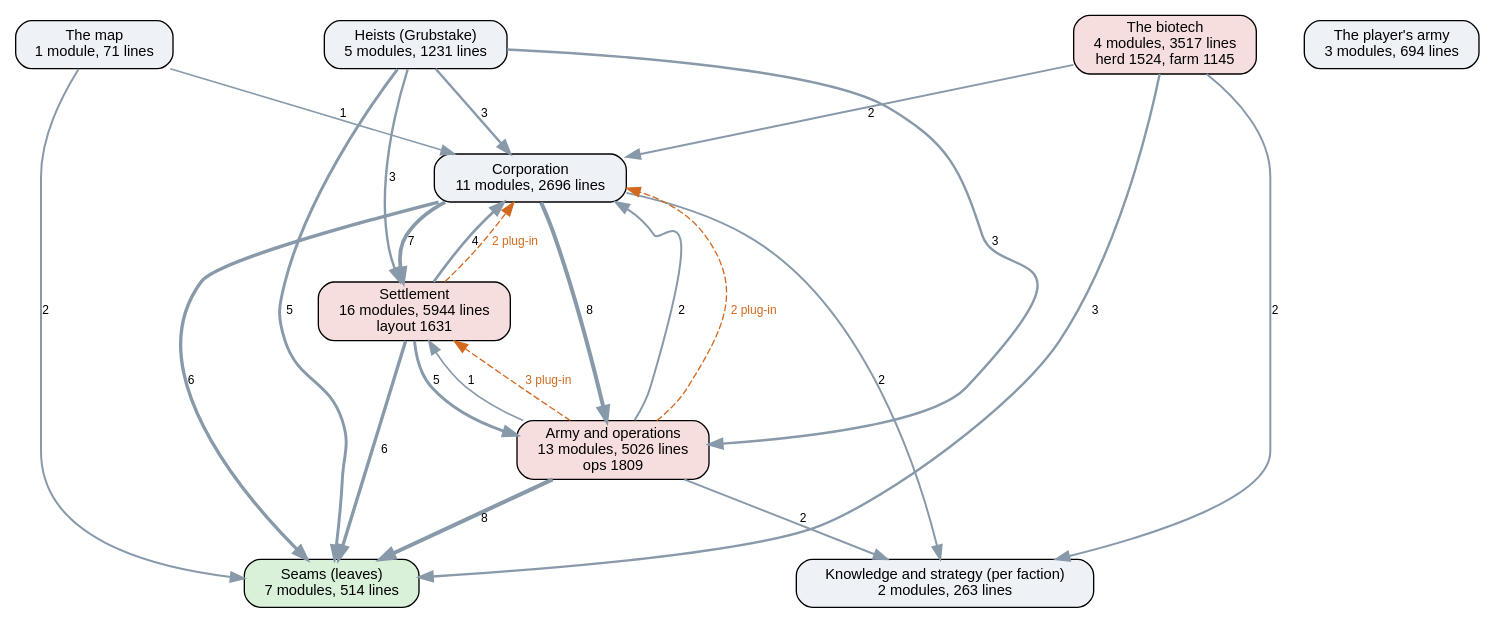
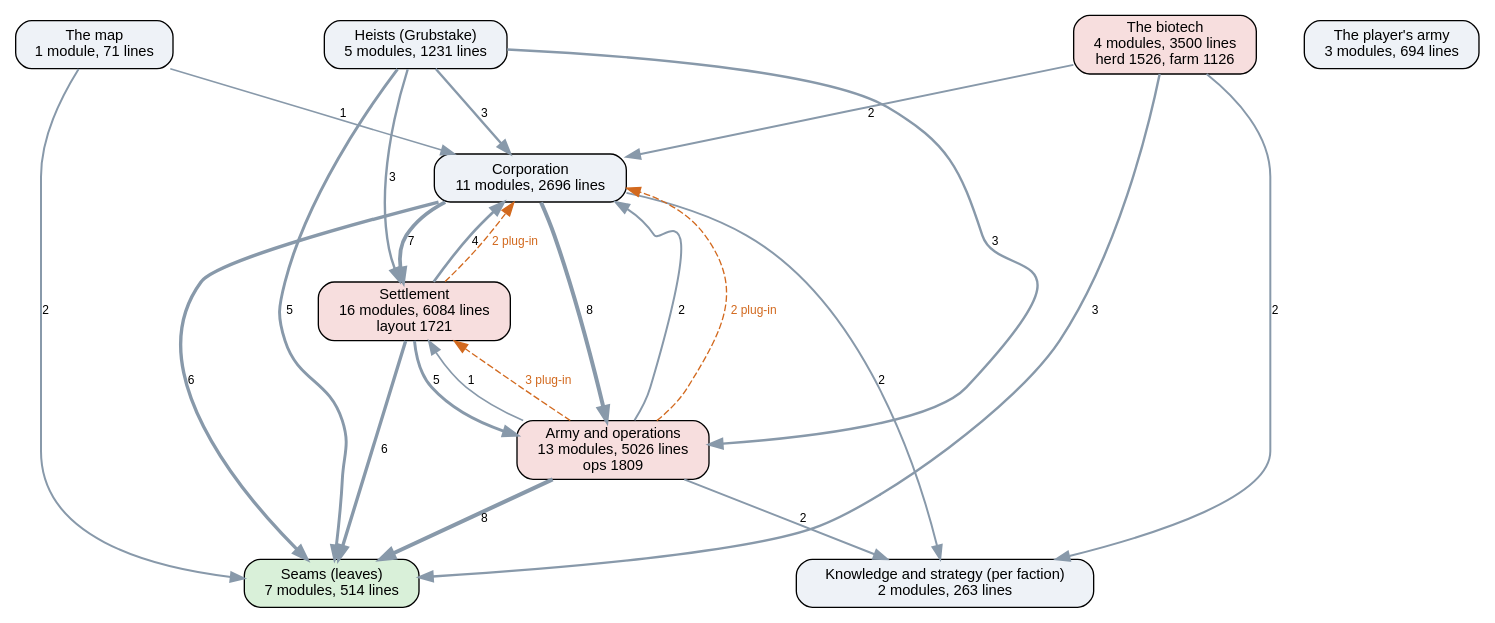
Before and after one commit to kinelhu/landing-party: the diagram in docs/ai-layers.dot, drawn with Graphviz. The commit also changed 25 other files, not shown here.

```diff
--- a/docs/ai-layers.dot
+++ b/docs/ai-layers.dot
@@ -1,37 +1,37 @@
 digraph layers {
   graph [rankdir=TB, fontname="Helvetica", nodesep=0.5, ranksep=0.7];
   node [shape=box, style="rounded,filled", fontname="Helvetica", fontsize=11, fillcolor="#eef2f7"];
   edge [color="#8899aa", fontname="Helvetica", fontsize=9];
   "Seams (leaves)" [label="Seams (leaves)\n7 modules, 514 lines", fillcolor="#d9f0d9"];
   "Knowledge and strategy (per faction)" [label="Knowledge and strategy (per faction)\n2 modules, 263 lines", fillcolor="#eef2f7"];
   "Corporation" [label="Corporation\n11 modules, 2696 lines", fillcolor="#eef2f7"];
-  "Settlement" [label="Settlement\n16 modules, 5944 lines\nlayout 1631", fillcolor="#f7dede"];
+  "Settlement" [label="Settlement\n16 modules, 6084 lines\nlayout 1721", fillcolor="#f7dede"];
   "Army and operations" [label="Army and operations\n13 modules, 5026 lines\nops 1809", fillcolor="#f7dede"];
   "Heists (Grubstake)" [label="Heists (Grubstake)\n5 modules, 1231 lines", fillcolor="#eef2f7"];
-  "The biotech" [label="The biotech\n4 modules, 3517 lines\nherd 1524, farm 1145", fillcolor="#f7dede"];
+  "The biotech" [label="The biotech\n4 modules, 3500 lines\nherd 1526, farm 1126", fillcolor="#f7dede"];
   "The map" [label="The map\n1 module, 71 lines", fillcolor="#eef2f7"];
   "The player's army" [label="The player's army\n3 modules, 694 lines", fillcolor="#eef2f7"];
   "Army and operations" -> "Corporation" [label="2", penwidth=1.5];
   "Army and operations" -> "Knowledge and strategy (per faction)" [label="2", penwidth=1.5];
   "Army and operations" -> "Seams (leaves)" [label="8", penwidth=3.0];
   "Army and operations" -> "Settlement" [label="1", penwidth=1.2];
   "Corporation" -> "Army and operations" [label="8", penwidth=3.0];
   "Corporation" -> "Knowledge and strategy (per faction)" [label="2", penwidth=1.5];
   "Corporation" -> "Seams (leaves)" [label="6", penwidth=2.5];
   "Corporation" -> "Settlement" [label="7", penwidth=2.8];
   "Heists (Grubstake)" -> "Army and operations" [label="3", penwidth=1.8];
   "Heists (Grubstake)" -> "Corporation" [label="3", penwidth=1.8];
   "Heists (Grubstake)" -> "Seams (leaves)" [label="5", penwidth=2.2];
   "Heists (Grubstake)" -> "Settlement" [label="3", penwidth=1.8];
   "Settlement" -> "Army and operations" [label="5", penwidth=2.2];
   "Settlement" -> "Corporation" [label="4", penwidth=2.0];
   "Settlement" -> "Seams (leaves)" [label="6", penwidth=2.5];
   "The biotech" -> "Corporation" [label="2", penwidth=1.5];
   "The biotech" -> "Knowledge and strategy (per faction)" [label="2", penwidth=1.5];
   "The biotech" -> "Seams (leaves)" [label="3", penwidth=1.8];
   "The map" -> "Corporation" [label="1", penwidth=1.2];
   "The map" -> "Seams (leaves)" [label="2", penwidth=1.5];
   "Army and operations" -> "Corporation" [style=dashed, color="#d2691e", fontcolor="#d2691e", label="2 plug-in"];
   "Army and operations" -> "Settlement" [style=dashed, color="#d2691e", fontcolor="#d2691e", label="3 plug-in"];
   "Settlement" -> "Corporation" [style=dashed, color="#d2691e", fontcolor="#d2691e", label="2 plug-in"];
 }
```
